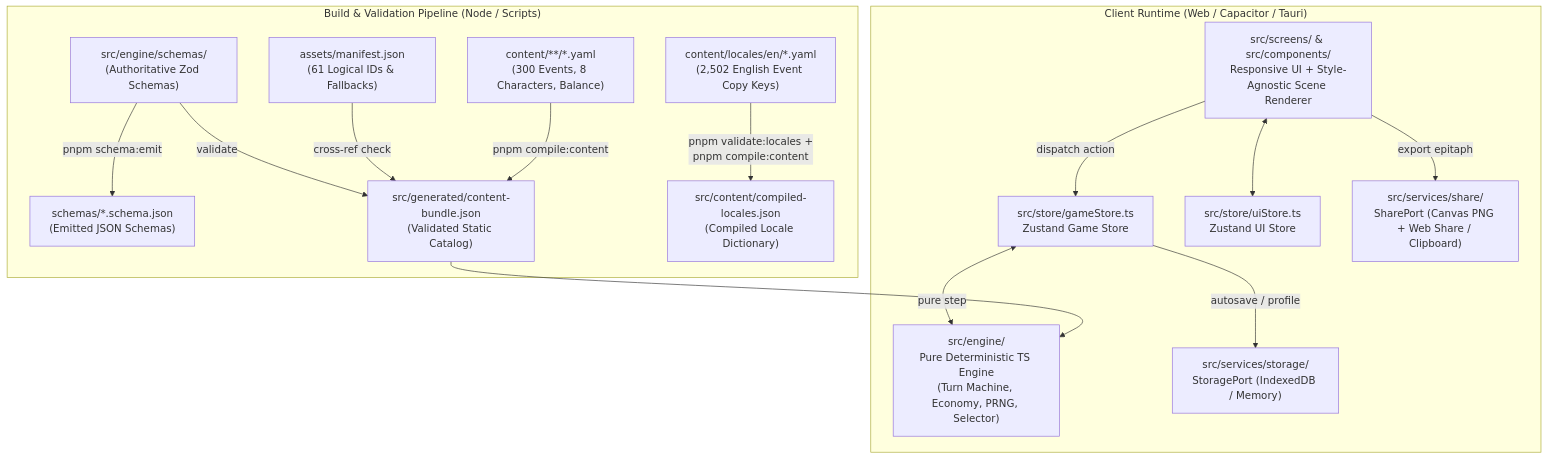
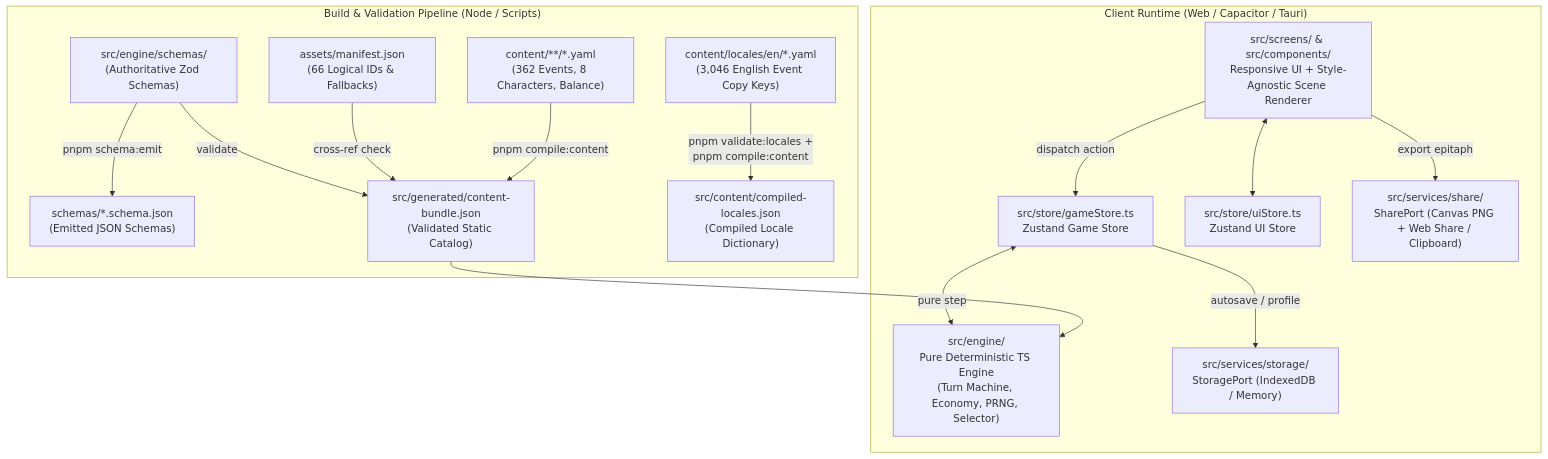
Before and after one commit to dsalva9/autonomo-simulator: the first of 2 diagrams in ARCHITECTURE.md, drawn with Mermaid. The commit also changed other lines of this file and 356 other files, not shown here.

````diff
--- a/ARCHITECTURE.md
+++ b/ARCHITECTURE.md
@@ -35,34 +35,34 @@
 ```mermaid
 flowchart TB
     subgraph BuildTime["Build & Validation Pipeline (Node / Scripts)"]
-        YAML["content/**/*.yaml\n(300 Events, 8 Characters, Balance)"]
-        LOC["content/locales/en/*.yaml\n(2,502 English Event Copy Keys)"]
-        MAN["assets/manifest.json\n(61 Logical IDs & Fallbacks)"]
+        YAML["content/**/*.yaml\n(362 Events, 8 Characters, Balance)"]
+        LOC["content/locales/en/*.yaml\n(3,046 English Event Copy Keys)"]
+        MAN["assets/manifest.json\n(66 Logical IDs & Fallbacks)"]
         ZOD["src/engine/schemas/\n(Authoritative Zod Schemas)"]
         JSONS["schemas/*.schema.json\n(Emitted JSON Schemas)"]
         BUNDLE["src/generated/content-bundle.json\n(Validated Static Catalog)"]
         LOCBUNDLE["src/content/compiled-locales.json\n(Compiled Locale Dictionary)"]
 
         ZOD -->|"pnpm schema:emit"| JSONS
         YAML -->|"pnpm compile:content"| BUNDLE
         LOC -->|"pnpm validate:locales +\npnpm compile:content"| LOCBUNDLE
         MAN -->|"cross-ref check"| BUNDLE
         ZOD -->|"validate"| BUNDLE
     end
 
     subgraph Runtime["Client Runtime (Web / Capacitor / Tauri)"]
         ENGINE["src/engine/\nPure Deterministic TS Engine\n(Turn Machine, Economy, PRNG, Selector)"]
         GSTORE["src/store/gameStore.ts\nZustand Game Store"]
         UISTORE["src/store/uiStore.ts\nZustand UI Store"]
         UI["src/screens/ & src/components/\nResponsive UI + Style-Agnostic Scene Renderer"]
         STORAGE["src/services/storage/\nStoragePort (IndexedDB / Memory)"]
         SHARE["src/services/share/\nSharePort (Canvas PNG + Web Share / Clipboard)"]
 
         BUNDLE --> ENGINE
         UI -->|"dispatch action"| GSTORE
         UI <--> UISTORE
         GSTORE <-->|"pure step"| ENGINE
         GSTORE -->|"autosave / profile"| STORAGE
         UI -->|"export epitaph"| SHARE
     end
 ```
````
